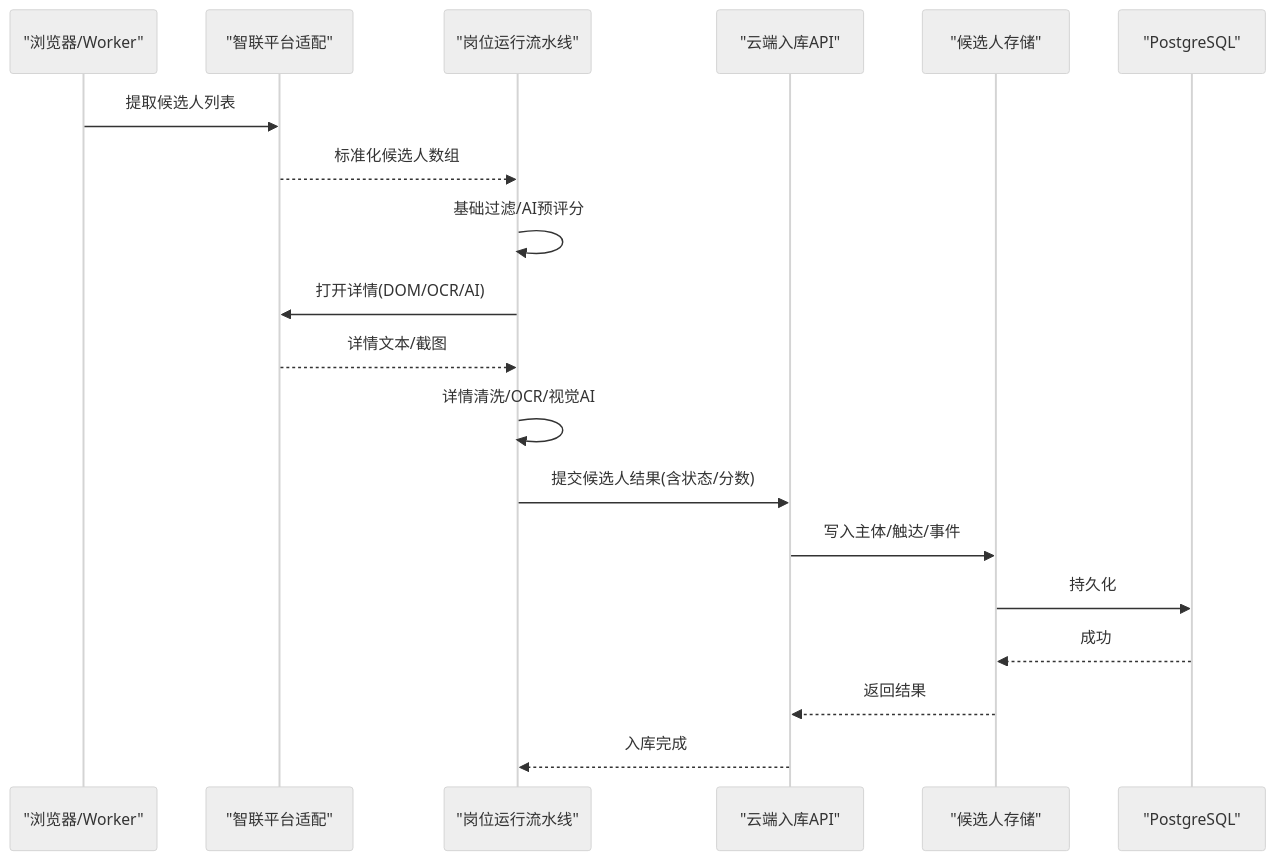
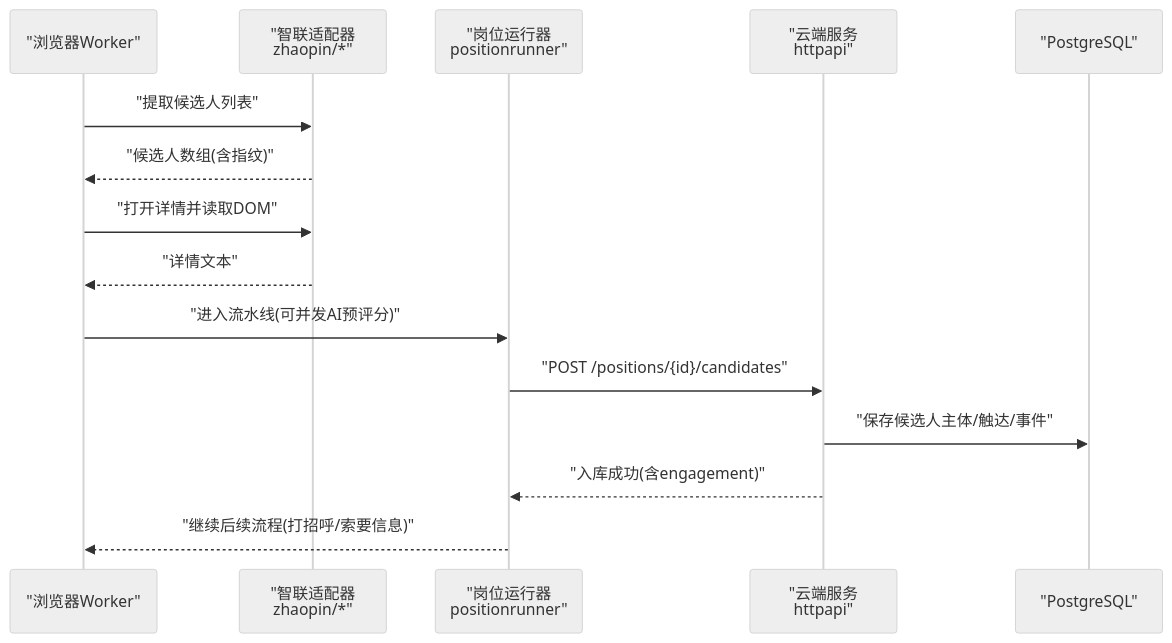
The second of 7 diagrams in .qoder/repowiki/zh/content/本地执行器/平台适配器/智联招聘适配器/候选人处理.md (alvinwangzi/goodhr), drawn with Mermaid (neutral theme) before and after one commit. The commit also changed other lines of this file and 149 other files, not shown here.

````diff
--- a/.qoder/repowiki/zh/content/本地执行器/平台适配器/智联招聘适配器/候选人处理.md
+++ b/.qoder/repowiki/zh/content/本地执行器/平台适配器/智联招聘适配器/候选人处理.md
@@ -104,21 +117,17 @@
 ```mermaid
 sequenceDiagram
-participant Browser as "浏览器/Worker"
-participant ZP as "智联平台适配"
-participant Runner as "岗位运行流水线"
-participant Cloud as "云端入库API"
-participant Store as "候选人存储"
+participant Browser as "浏览器Worker"
+participant ZP as "智联适配器<br/>zhaopin/*"
+participant Runner as "岗位运行器<br/>positionrunner"
+participant Cloud as "云端服务<br/>httpapi"
 participant DB as "PostgreSQL"
-Browser->>ZP : 提取候选人列表
-ZP-->>Runner : 标准化候选人数组
-Runner->>Runner : 基础过滤/AI预评分
-Runner->>ZP : 打开详情(DOM/OCR/AI)
-ZP-->>Runner : 详情文本/截图
-Runner->>Runner : 详情清洗/OCR/视觉AI
-Runner->>Cloud : 提交候选人结果(含状态/分数)
-Cloud->>Store : 写入主体/触达/事件
-Store->>DB : 持久化
-DB-->>Store : 成功
-Store-->>Cloud : 返回结果
-Cloud-->>Runner : 入库完成
+Browser->>ZP : "提取候选人列表"
+ZP-->>Browser : "候选人数组(含指纹)"
+Browser->>ZP : "打开详情并读取DOM"
+ZP-->>Browser : "详情文本"
+Browser->>Runner : "进入流水线(可并发AI预评分)"
+Runner->>Cloud : "POST /positions/{id}/candidates"
+Cloud->>DB : "保存候选人主体/触达/事件"
+Cloud-->>Runner : "入库成功(含engagement)"
+Runner-->>Browser : "继续后续流程(打招呼/索要信息)"
 ```
````
